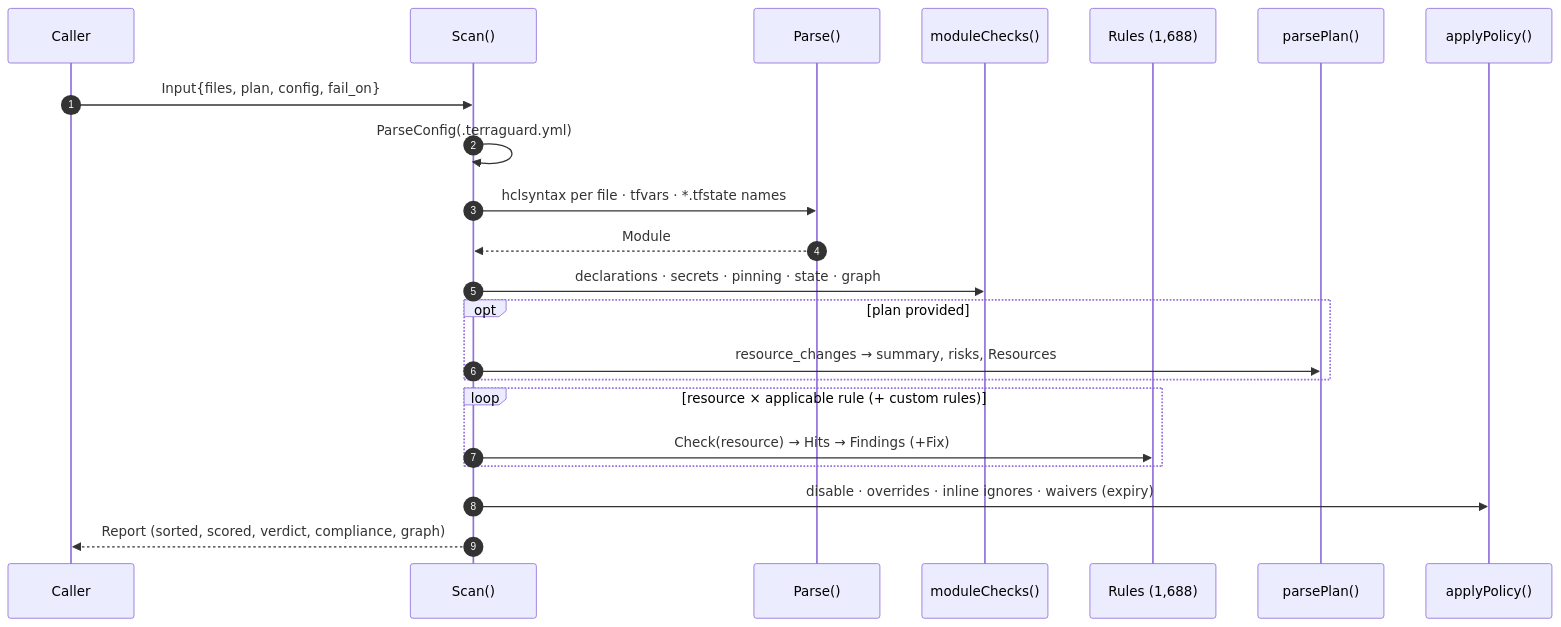
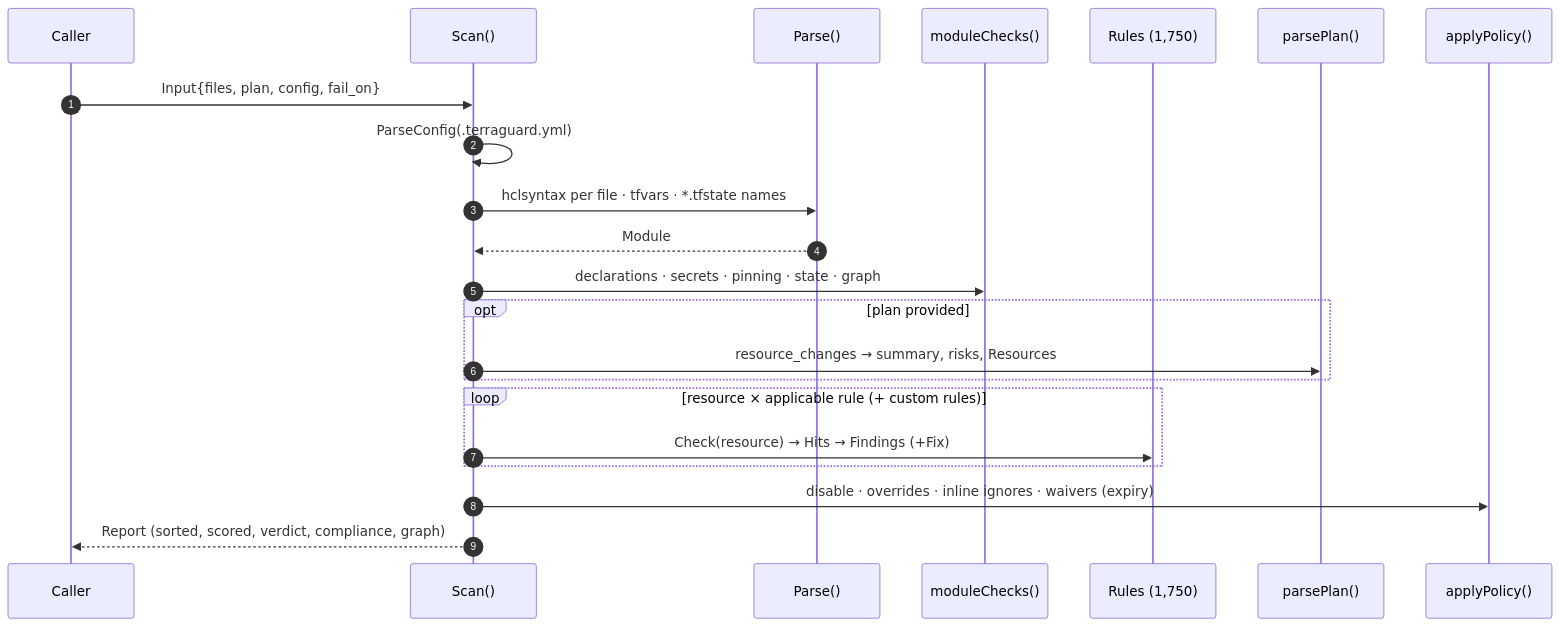
The sixth of 13 diagrams in docs/ARCHITECTURE.md (Karthik-099/TERRAGUARD), drawn with Mermaid before and after one commit. The commit also changed other lines of this file and 101 other files, not shown here.

````diff
--- a/docs/ARCHITECTURE.md
+++ b/docs/ARCHITECTURE.md
@@ -259,24 +259,24 @@
 ```mermaid
 sequenceDiagram
   autonumber
   participant C as Caller
   participant S as Scan()
   participant P as Parse()
   participant MC as moduleChecks()
-  participant RR as Rules (1,688)
+  participant RR as Rules (1,750)
   participant PL as parsePlan()
   participant PO as applyPolicy()
   C->>S: Input{files, plan, config, fail_on}
   S->>S: ParseConfig(.terraguard.yml)
   S->>P: hclsyntax per file · tfvars · *.tfstate names
   P-->>S: Module
   S->>MC: declarations · secrets · pinning · state · graph
   opt plan provided
     S->>PL: resource_changes → summary, risks, Resources
   end
   loop resource × applicable rule (+ custom rules)
     S->>RR: Check(resource) → Hits → Findings (+Fix)
   end
   S->>PO: disable · overrides · inline ignores · waivers (expiry)
   S-->>C: Report (sorted, scored, verdict, compliance, graph)
 ```
````
